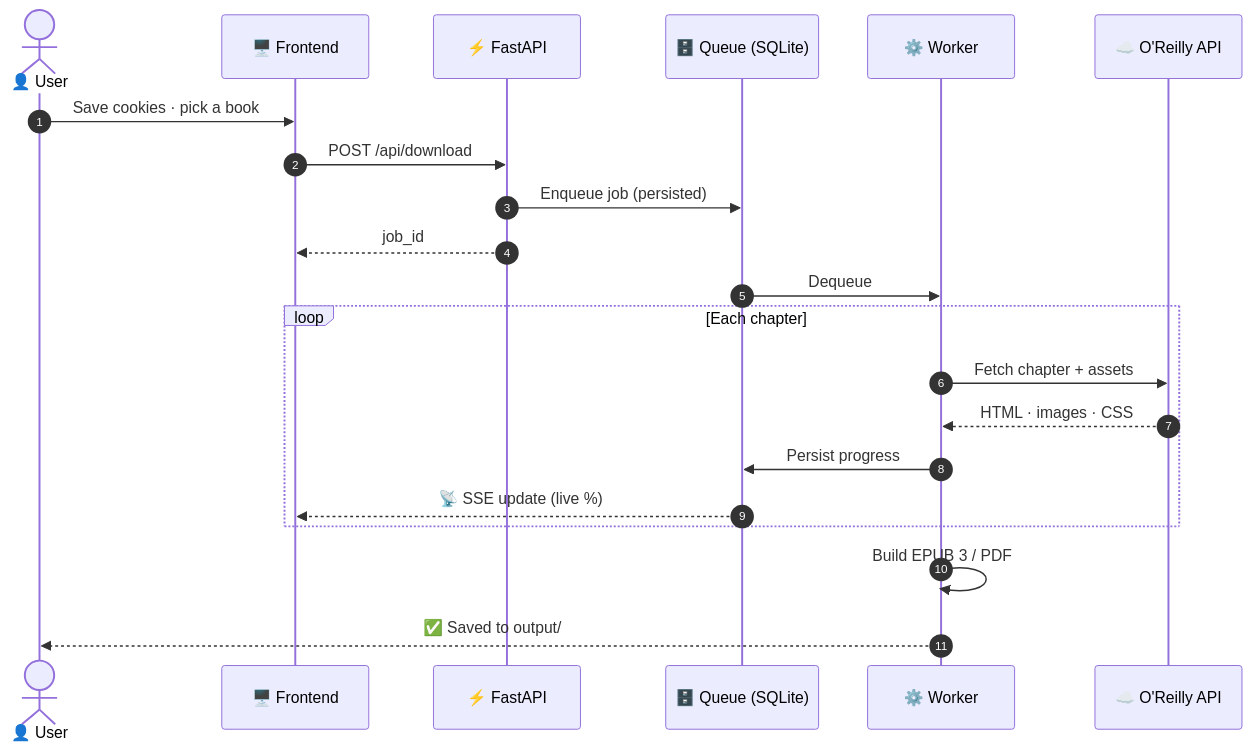
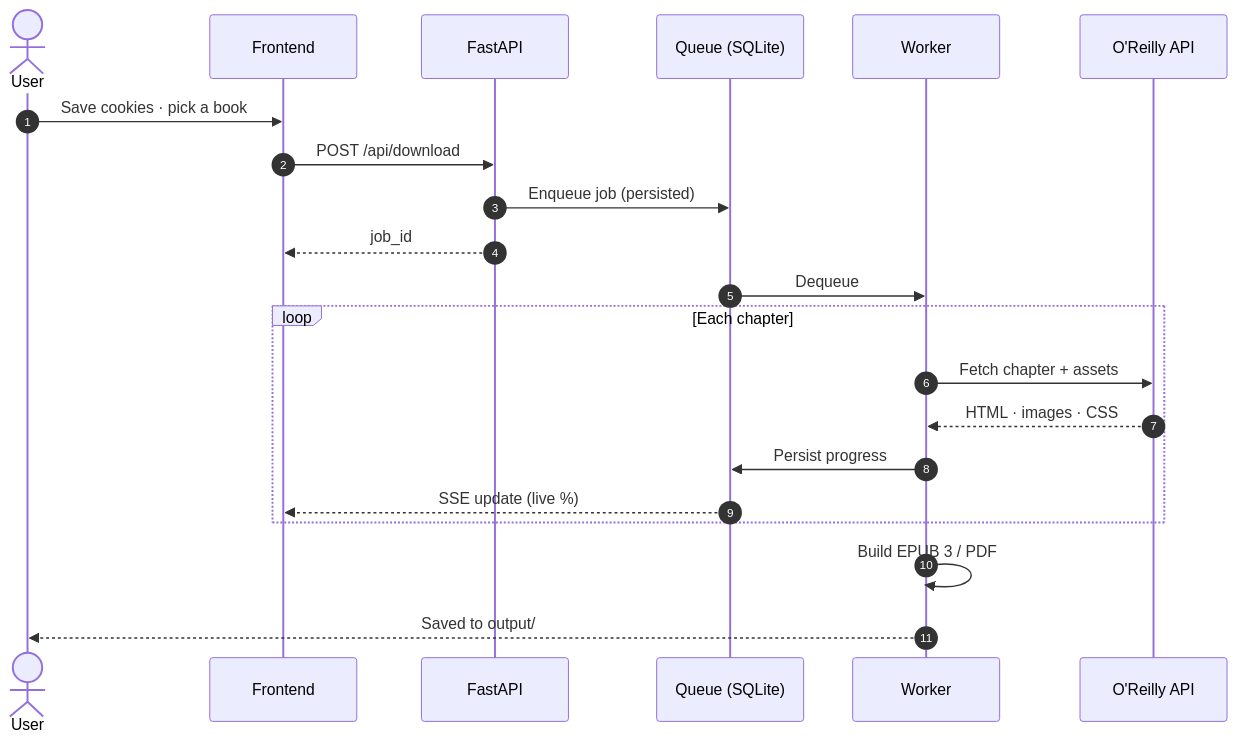
The second of 2 diagrams in README.md (ZnOw01/Ryliox), drawn with Mermaid before and after one commit. The commit also changed other lines of this file, not shown here.

Commit message:
docs: redesign README with cleaner layout and styled diagrams (#4)

````diff
--- a/README.md
+++ b/README.md
@@ -148,24 +154,24 @@
 ```mermaid
 sequenceDiagram
     autonumber
-    actor U as 👤 User
-    participant F as 🖥️ Frontend
-    participant A as ⚡ FastAPI
-    participant Q as 🗄️ Queue (SQLite)
-    participant W as ⚙️ Worker
-    participant O as ☁️ O'Reilly API
+    actor U as User
+    participant F as Frontend
+    participant A as FastAPI
+    participant Q as Queue (SQLite)
+    participant W as Worker
+    participant O as O'Reilly API
 
     U->>F: Save cookies · pick a book
     F->>A: POST /api/download
     A->>Q: Enqueue job (persisted)
     A-->>F: job_id
     Q->>W: Dequeue
     loop Each chapter
         W->>O: Fetch chapter + assets
         O-->>W: HTML · images · CSS
         W->>Q: Persist progress
-        Q-->>F: 📡 SSE update (live %)
+        Q-->>F: SSE update (live %)
     end
     W->>W: Build EPUB 3 / PDF
-    W-->>U: ✅ Saved to output/
+    W-->>U: Saved to output/
 ```
````
